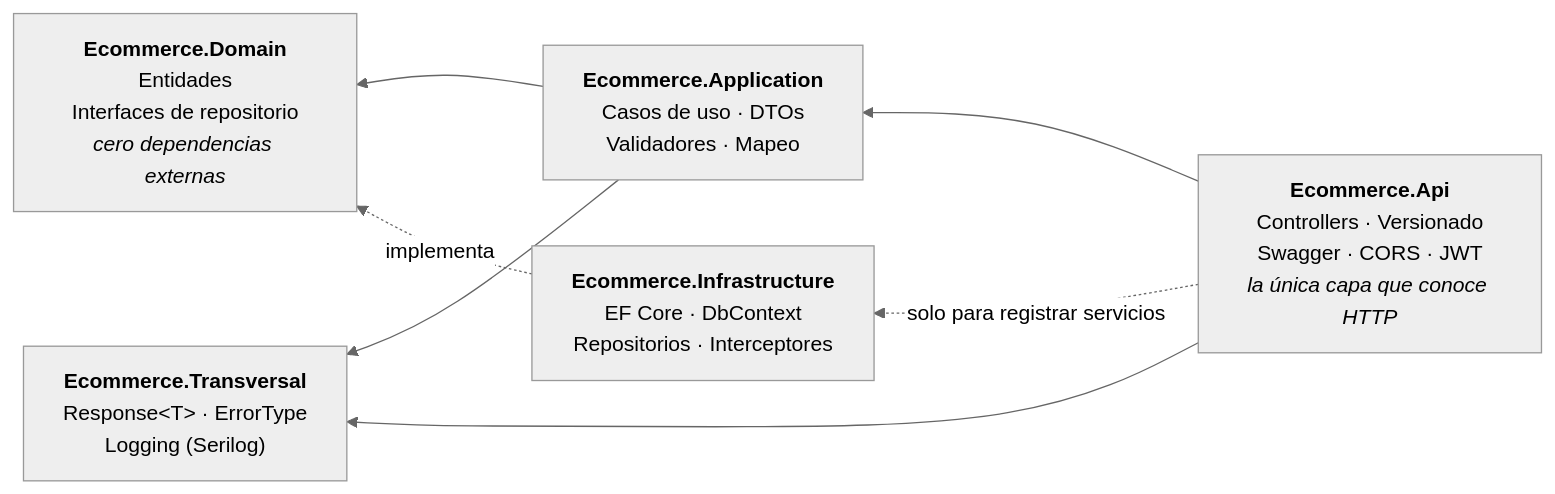
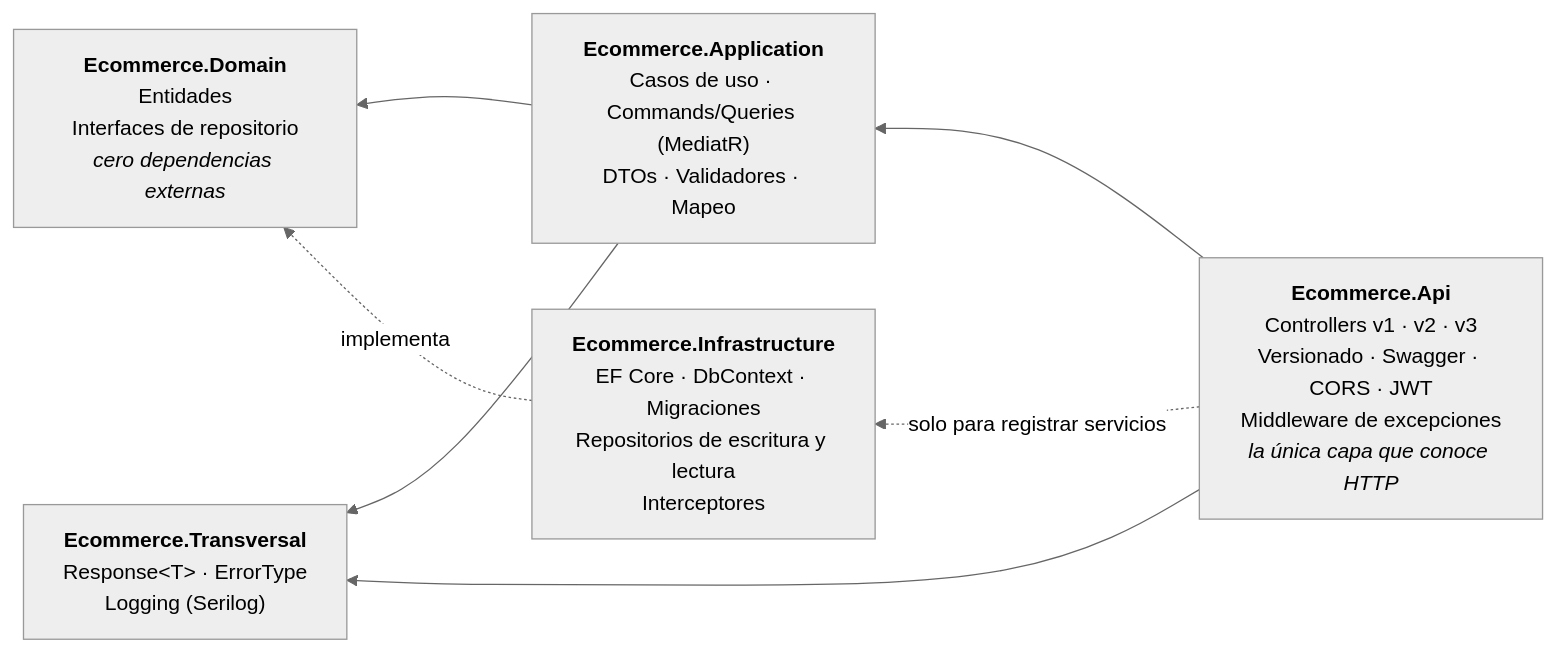
The diagram in README.md (rubendevvalencia/BackendPortfolio), drawn with Mermaid (neutral theme) before and after one commit. The commit also changed other lines of this file, not shown here.

````diff
--- a/README.md
+++ b/README.md
@@ -18,15 +44,15 @@
 ```mermaid
 flowchart RL
-    API["<b>Ecommerce.Api</b><br/>Controllers · Versionado<br/>Swagger · CORS · JWT<br/><i>la única capa que conoce HTTP</i>"]
-    APP["<b>Ecommerce.Application</b><br/>Casos de uso · DTOs<br/>Validadores · Mapeo"]
+    API["<b>Ecommerce.Api</b><br/>Controllers v1 · v2 · v3<br/>Versionado · Swagger · CORS · JWT<br/>Middleware de excepciones<br/><i>la única capa que conoce HTTP</i>"]
+    APP["<b>Ecommerce.Application</b><br/>Casos de uso · Commands/Queries (MediatR)<br/>DTOs · Validadores · Mapeo"]
     DOM["<b>Ecommerce.Domain</b><br/>Entidades<br/>Interfaces de repositorio<br/><i>cero dependencias externas</i>"]
-    INF["<b>Ecommerce.Infrastructure</b><br/>EF Core · DbContext<br/>Repositorios · Interceptores"]
+    INF["<b>Ecommerce.Infrastructure</b><br/>EF Core · DbContext · Migraciones<br/>Repositorios de escritura y lectura<br/>Interceptores"]
     TRA["<b>Ecommerce.Transversal</b><br/>Response&lt;T&gt; · ErrorType<br/>Logging (Serilog)"]
 
     API --> APP
     APP --> DOM
     INF -.->|implementa| DOM
     API -.->|solo para registrar servicios| INF
     APP --> TRA
     API --> TRA
 ```
````
